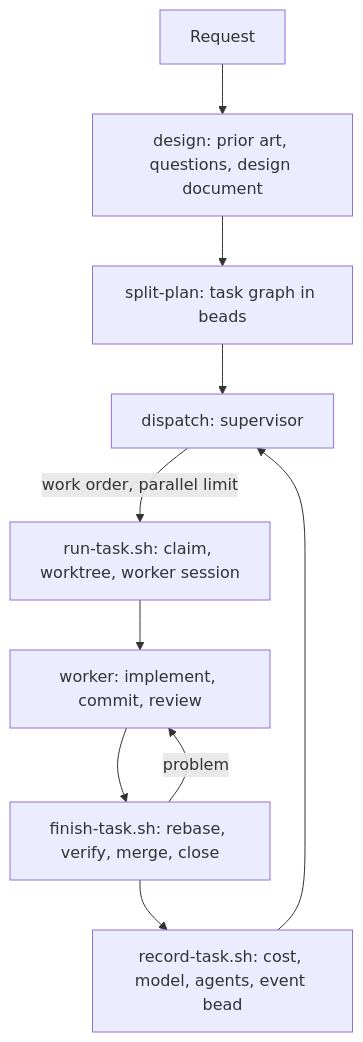
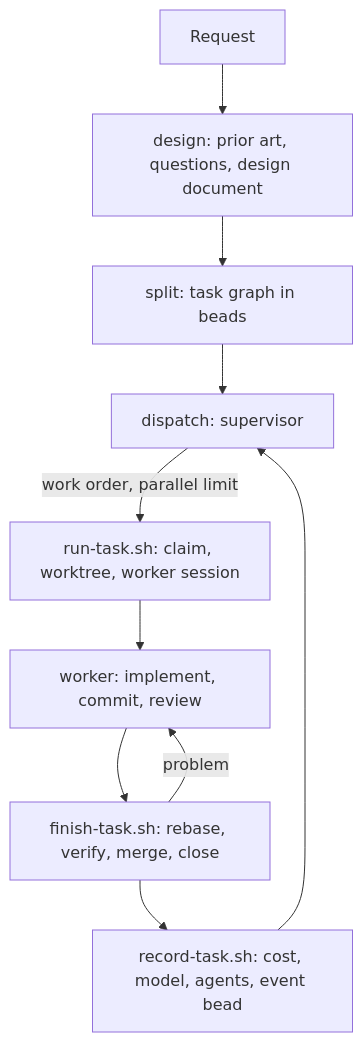
Before and after one commit to Igosuki/agentic-sdlc: the diagram in docs/workflow.md, drawn with Mermaid. The commit also changed other lines of this file and 18 other files, not shown here.

First line of the commit message:
Entry points become commands; split-plan and split-task merge into split

````diff
--- a/docs/workflow.md
+++ b/docs/workflow.md
@@ -5,12 +5,12 @@
 ```mermaid
 flowchart TD
   A[Request] --> B[design: prior art, questions, design document]
-  B --> C[split-plan: task graph in beads]
+  B --> C[split: task graph in beads]
   C --> D[dispatch: supervisor]
   D -->|work order, parallel limit| E[run-task.sh: claim, worktree, worker session]
   E --> F[worker: implement, commit, review]
   F --> G[finish-task.sh: rebase, verify, merge, close]
   G -->|problem| F
   G --> H[record-task.sh: cost, model, agents, event bead]
   H --> D
 ```
````
